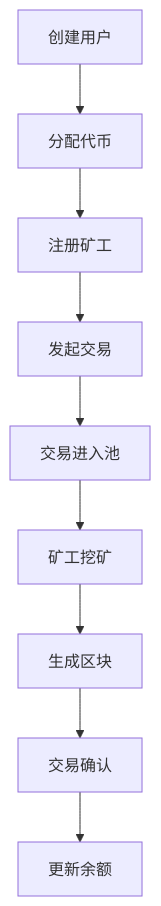
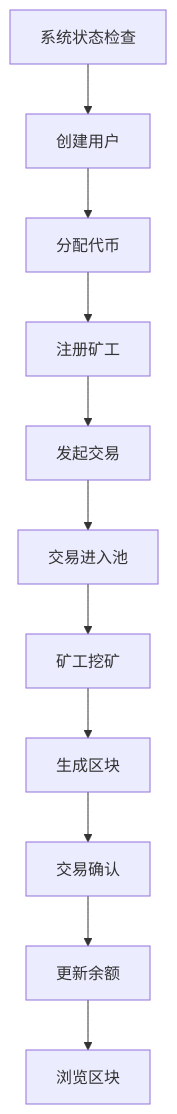
Before and after one commit to 593496637/blockchain-learning-system: the diagram in README.md, drawn with Mermaid. The commit also changed other lines of this file, not shown here.

````diff
--- a/README.md
+++ b/README.md
@@ -117,11 +122,13 @@
 ```mermaid
 graph TD
-    A[创建用户] --> B[分配代币]
-    B --> C[注册矿工]
-    C --> D[发起交易]
-    D --> E[交易进入池]
-    E --> F[矿工挖矿]
-    F --> G[生成区块]
-    G --> H[交易确认]
-    H --> I[更新余额]
+    A[系统状态检查] --> B[创建用户]
+    B --> C[分配代币]
+    C --> D[注册矿工]
+    D --> E[发起交易]
+    E --> F[交易进入池]
+    F --> G[矿工挖矿]
+    G --> H[生成区块]
+    H --> I[交易确认]
+    I --> J[更新余额]
+    J --> K[浏览区块]
 ```
````
